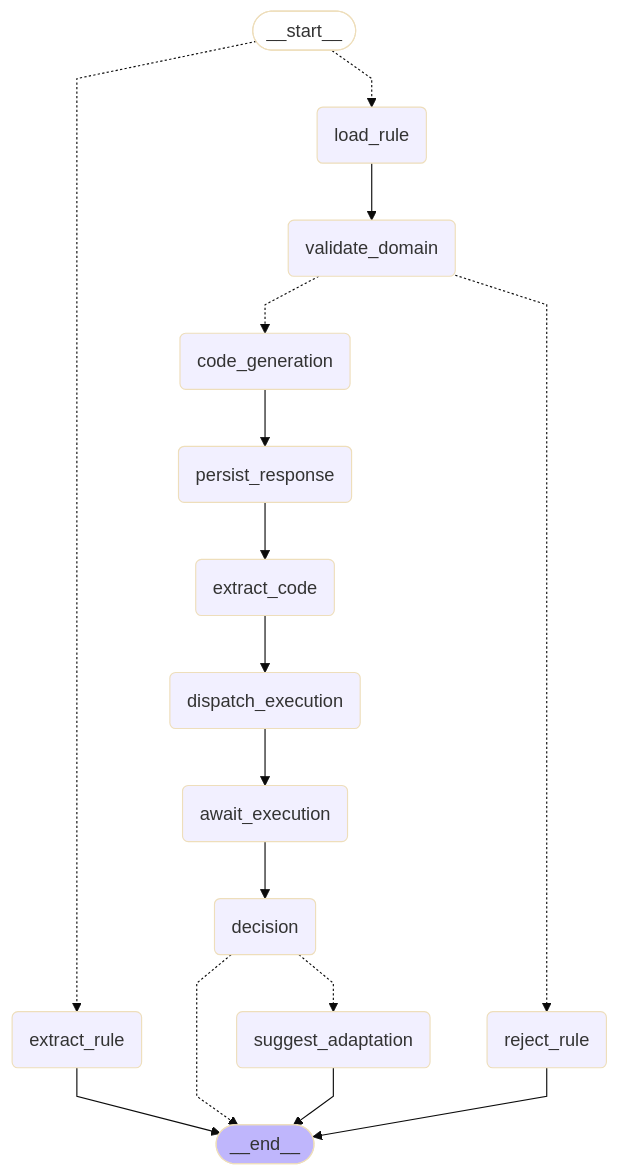
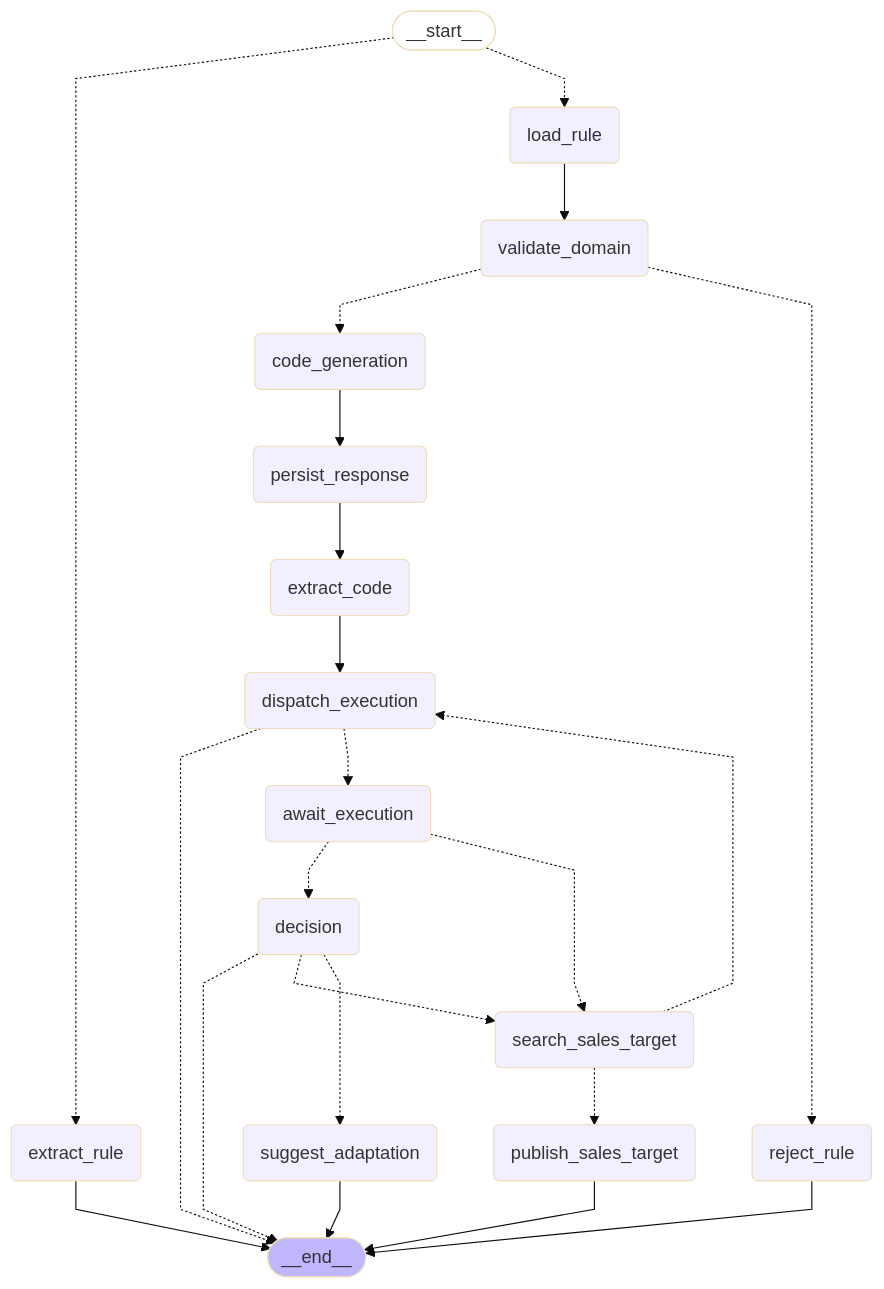
One commit to Titus-System/synapse changed the diagram in codegen/docs/graph.md. Above: the diagram before and after it, drawn with Mermaid (base theme). The commit also changed 23 other files, not shown here.

````diff
--- a/codegen/docs/graph.md
+++ b/codegen/docs/graph.md
@@ -5,39 +5,47 @@
 ```mermaid
 ---
 config:
   flowchart:
     curve: linear
 ---
 graph TD;
 	__start__([<p>__start__</p>]):::first
 	load_rule(load_rule)
 	extract_rule(extract_rule)
 	validate_domain(validate_domain)
 	reject_rule(reject_rule)
 	code_generation(code_generation)
 	persist_response(persist_response)
 	extract_code(extract_code)
 	dispatch_execution(dispatch_execution)
 	await_execution(await_execution)
 	decision(decision)
 	suggest_adaptation(suggest_adaptation)
+	search_sales_target(search_sales_target)
+	publish_sales_target(publish_sales_target)
 	__end__([<p>__end__</p>]):::last
 	__start__ -.-> extract_rule;
 	__start__ -.-> load_rule;
-	await_execution --> decision;
+	await_execution -.-> decision;
+	await_execution -.-> search_sales_target;
 	code_generation --> persist_response;
 	decision -.-> __end__;
+	decision -.-> search_sales_target;
 	decision -.-> suggest_adaptation;
-	dispatch_execution --> await_execution;
+	dispatch_execution -.-> __end__;
+	dispatch_execution -.-> await_execution;
 	extract_code --> dispatch_execution;
 	load_rule --> validate_domain;
 	persist_response --> extract_code;
+	search_sales_target -.-> dispatch_execution;
+	search_sales_target -.-> publish_sales_target;
 	validate_domain -.-> code_generation;
 	validate_domain -.-> reject_rule;
 	extract_rule --> __end__;
+	publish_sales_target --> __end__;
 	reject_rule --> __end__;
 	suggest_adaptation --> __end__;
 	classDef default fill:#f2f0ff,line-height:1.2
 	classDef first fill-opacity:0
 	classDef last fill:#bfb6fc
 ```
````
